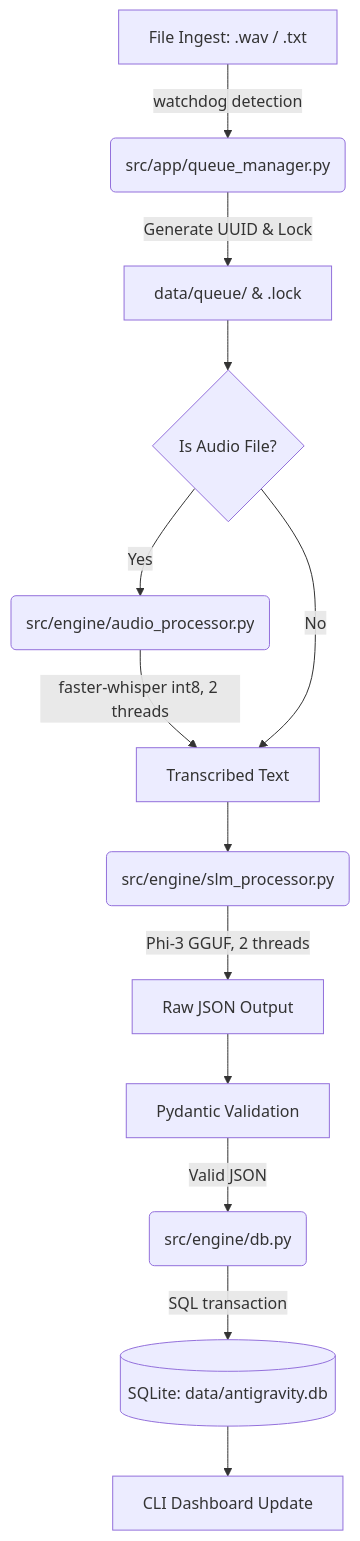
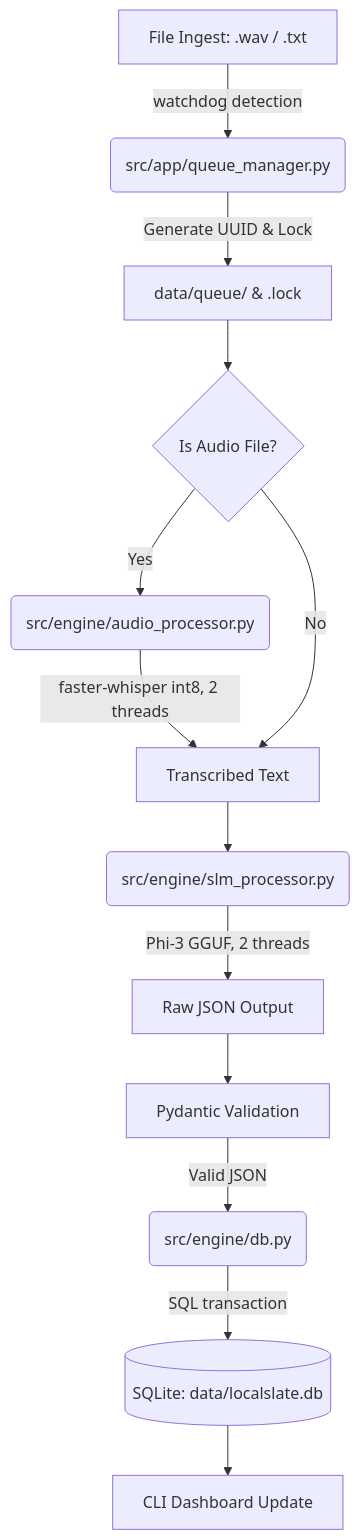
One commit to arrya-sridhar/LocalSlate changed the diagram in README.md. Above: the diagram before and after it, drawn with Mermaid. The commit also changed other lines of this file, not shown here.

````diff
--- a/README.md
+++ b/README.md
@@ -37,15 +37,15 @@
 ```mermaid
 graph TD
     A[File Ingest: .wav / .txt] -->|watchdog detection| B(src/app/queue_manager.py)
     B -->|Generate UUID & Lock| C[data/queue/ & .lock]
     C --> D{Is Audio File?}
     D -->|Yes| E(src/engine/audio_processor.py)
     E -->|faster-whisper int8, 2 threads| F[Transcribed Text]
     D -->|No| F
     F --> G(src/engine/slm_processor.py)
     G -->|Phi-3 GGUF, 2 threads| H[Raw JSON Output]
     H --> I[Pydantic Validation]
     I -->|Valid JSON| J(src/engine/db.py)
-    J -->|SQL transaction| K[(SQLite: data/antigravity.db)]
+    J -->|SQL transaction| K[(SQLite: data/localslate.db)]
     K --> L[CLI Dashboard Update]
 ```
````
